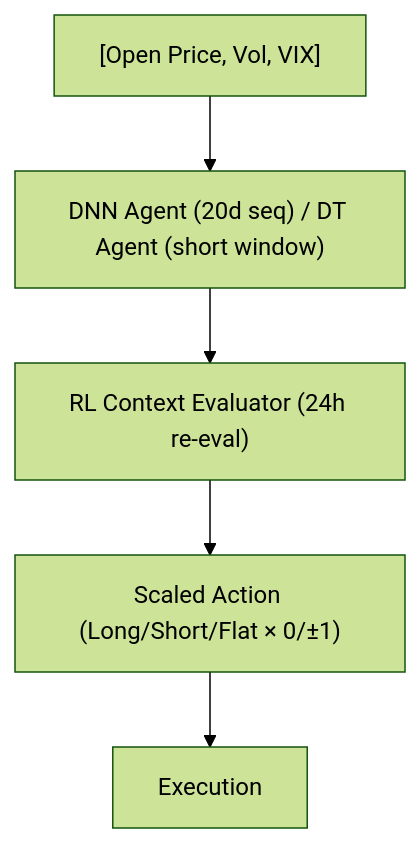
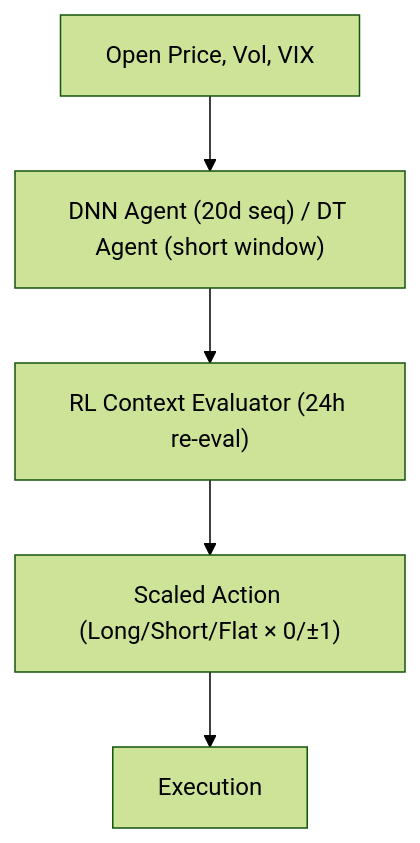
One commit to sou350121/Trading-Handbook changed the diagram in foundations/reinforcement-learning/model-a.md. Above: the diagram before and after it, drawn with Mermaid (forest theme). The commit also changed 191 other files, not shown here.

First line of the commit message:
render: fix math + mermaid for GitHub across the corpus (188 pages)

````diff
--- a/foundations/reinforcement-learning/model-a.md
+++ b/foundations/reinforcement-learning/model-a.md
@@ -29,7 +29,7 @@
 ```mermaid
 flowchart TD
-    A["[Open Price, Vol, VIX]"] --> B["DNN Agent (20d seq) / DT Agent (short window)"]
+    A["Open Price, Vol, VIX"] --> B["DNN Agent (20d seq) / DT Agent (short window)"]
     B --> C["RL Context Evaluator (24h re-eval)"]
     C --> D["Scaled Action (Long/Short/Flat × 0/±1)"]
     D --> E["Execution"]
 ```
````
